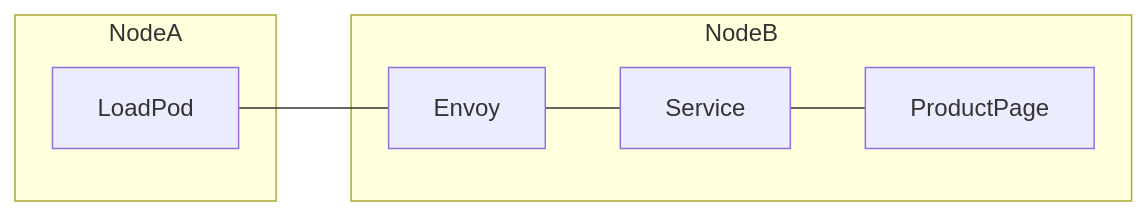
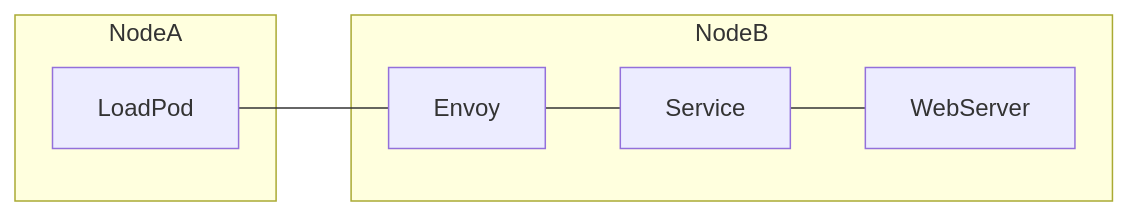
Before and after one commit to jtaleric/cilium-testplan-proposal: the second of 3 diagrams in test-plans/performance/draft-servicemesh-performance.md, drawn with Mermaid. The commit also changed other lines of this file and 4 other files, not shown here.

````diff
--- a/test-plans/performance/draft-servicemesh-performance.md
+++ b/test-plans/performance/draft-servicemesh-performance.md
@@ -120,13 +102,13 @@
    ```mermaid
     graph LR;
       subgraph NodeA
         LoadPod
       end
       subgraph NodeB
         Envoy
         Service
-        ProductPage
+        WebServer 
       end
-    Envoy---Service---ProductPage
+    Envoy---Service---WebServer
     LoadPod---Envoy
 ```
````
